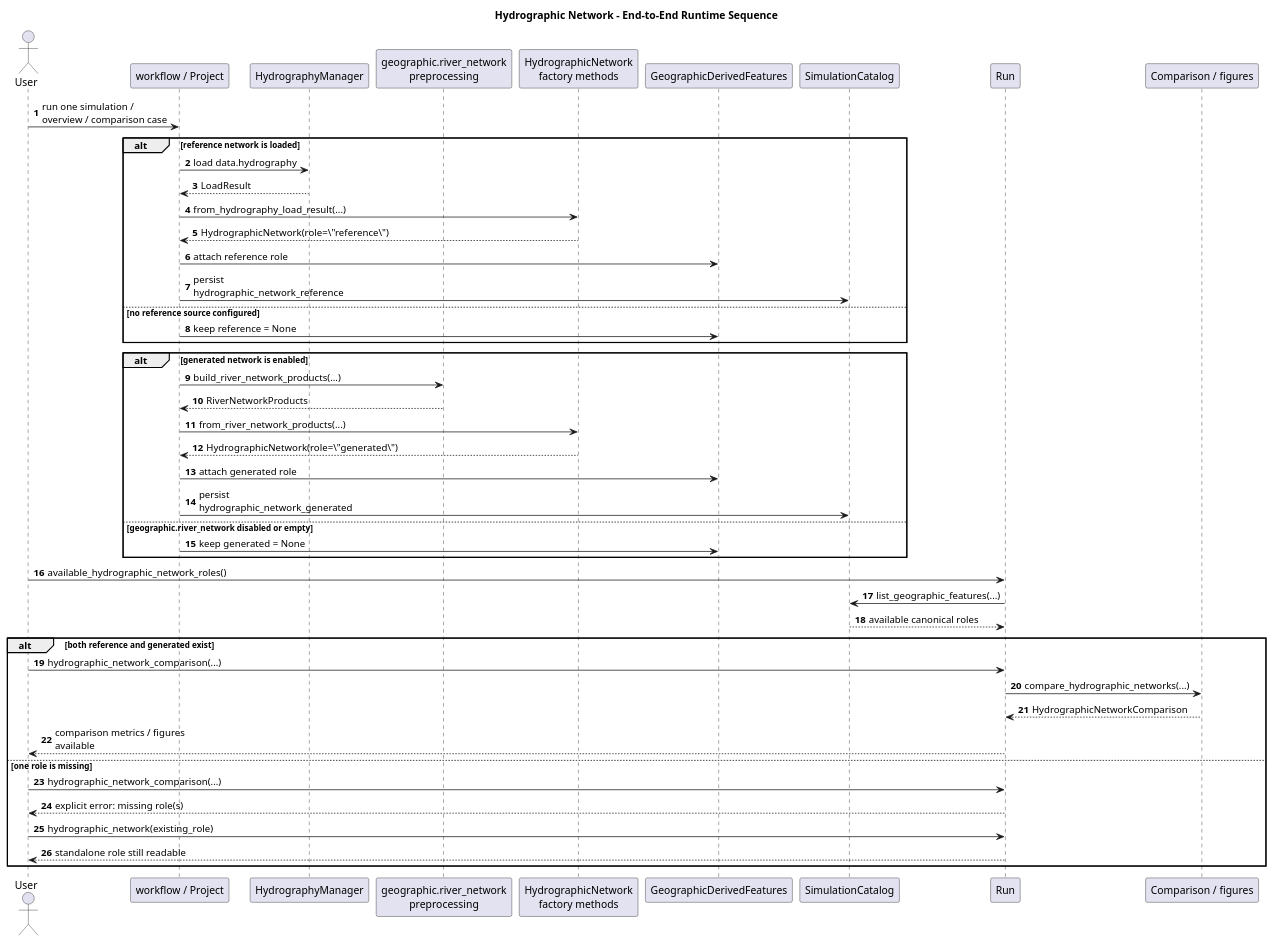
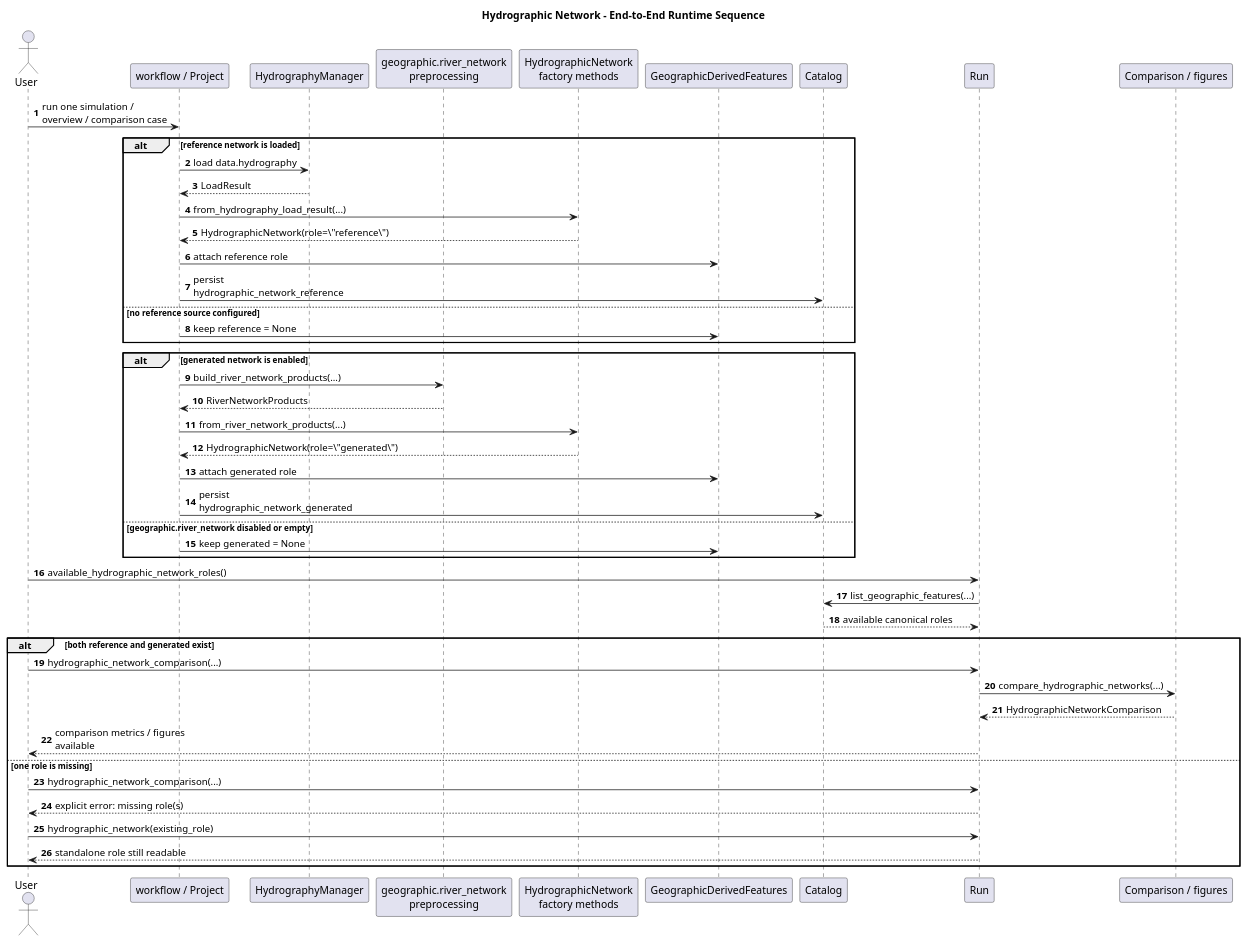
One commit to HydroModPy/HydroModPy changed the diagram in docs/source/architecture/spatial_support/diagrams/hydrographic_network_runtime_sequence.wsd. Above: the diagram before and after it, drawn with PlantUML. The commit also changed 10 other files, not shown here.

```diff
--- a/docs/source/architecture/spatial_support/diagrams/hydrographic_network_runtime_sequence.wsd
+++ b/docs/source/architecture/spatial_support/diagrams/hydrographic_network_runtime_sequence.wsd
@@ -1,56 +1,56 @@
 @startuml
 title Hydrographic Network - End-to-End Runtime Sequence
 autonumber
 skinparam wrapWidth 180
 skinparam maxMessageSize 180
 
 actor User
 participant "workflow / Project" as Workflow
 participant "HydrographyManager" as HydroMgr
 participant "geographic.river_network\npreprocessing" as GeoRiver
 participant "HydrographicNetwork\nfactory methods" as Factory
 participant "GeographicDerivedFeatures" as Features
-participant "SimulationCatalog" as Catalog
+participant "Catalog" as Catalog
 participant "Run" as Run
 participant "Comparison / figures" as Compare
 
 User -> Workflow : run one simulation / overview / comparison case
 
 alt reference network is loaded
   Workflow -> HydroMgr : load data.hydrography
   HydroMgr --> Workflow : LoadResult
   Workflow -> Factory : from_hydrography_load_result(...)
   Factory --> Workflow : HydrographicNetwork(role=\"reference\")
   Workflow -> Features : attach reference role
   Workflow -> Catalog : persist hydrographic_network_reference
 else no reference source configured
   Workflow -> Features : keep reference = None
 end
 
 alt generated network is enabled
   Workflow -> GeoRiver : build_river_network_products(...)
   GeoRiver --> Workflow : RiverNetworkProducts
   Workflow -> Factory : from_river_network_products(...)
   Factory --> Workflow : HydrographicNetwork(role=\"generated\")
   Workflow -> Features : attach generated role
   Workflow -> Catalog : persist hydrographic_network_generated
 else geographic.river_network disabled or empty
   Workflow -> Features : keep generated = None
 end
 
 User -> Run : available_hydrographic_network_roles()
 Run -> Catalog : list_geographic_features(...)
 Catalog --> Run : available canonical roles
 
 alt both reference and generated exist
   User -> Run : hydrographic_network_comparison(...)
   Run -> Compare : compare_hydrographic_networks(...)
   Compare --> Run : HydrographicNetworkComparison
   Run --> User : comparison metrics / figures available
 else one role is missing
   User -> Run : hydrographic_network_comparison(...)
   Run --> User : explicit error: missing role(s)
   User -> Run : hydrographic_network(existing_role)
   Run --> User : standalone role still readable
 end
 @enduml
```
